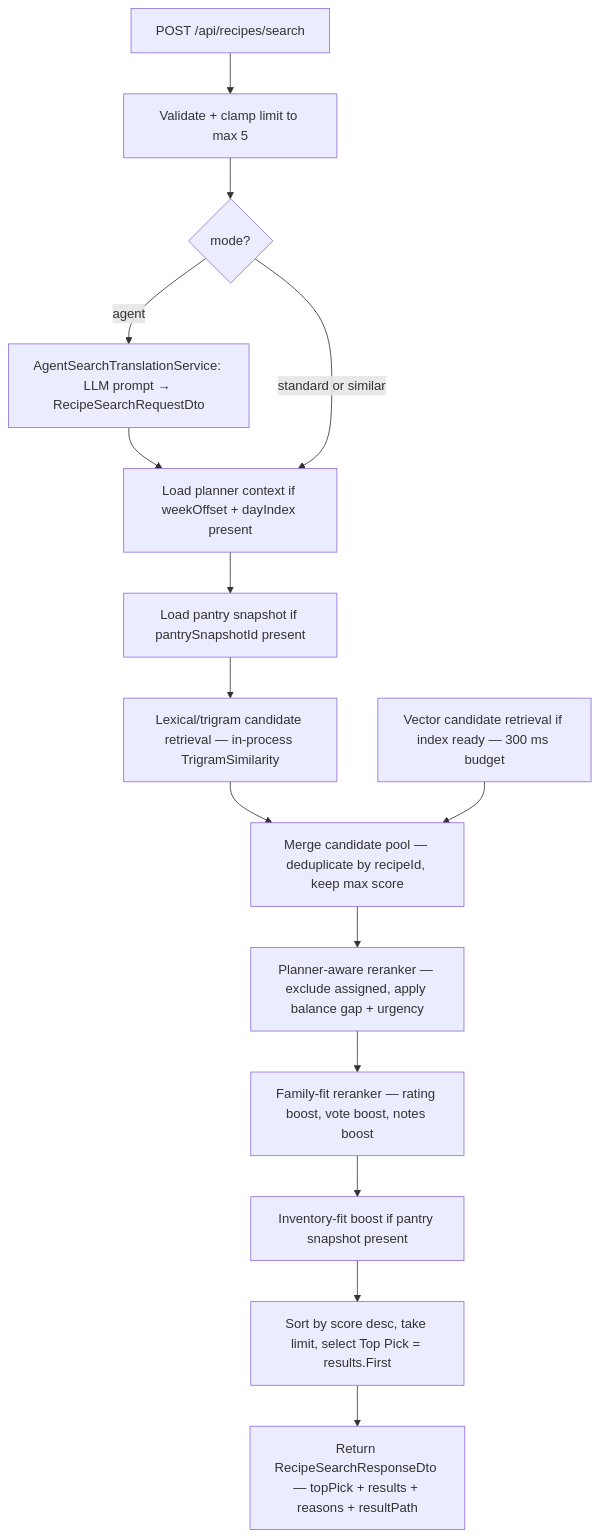
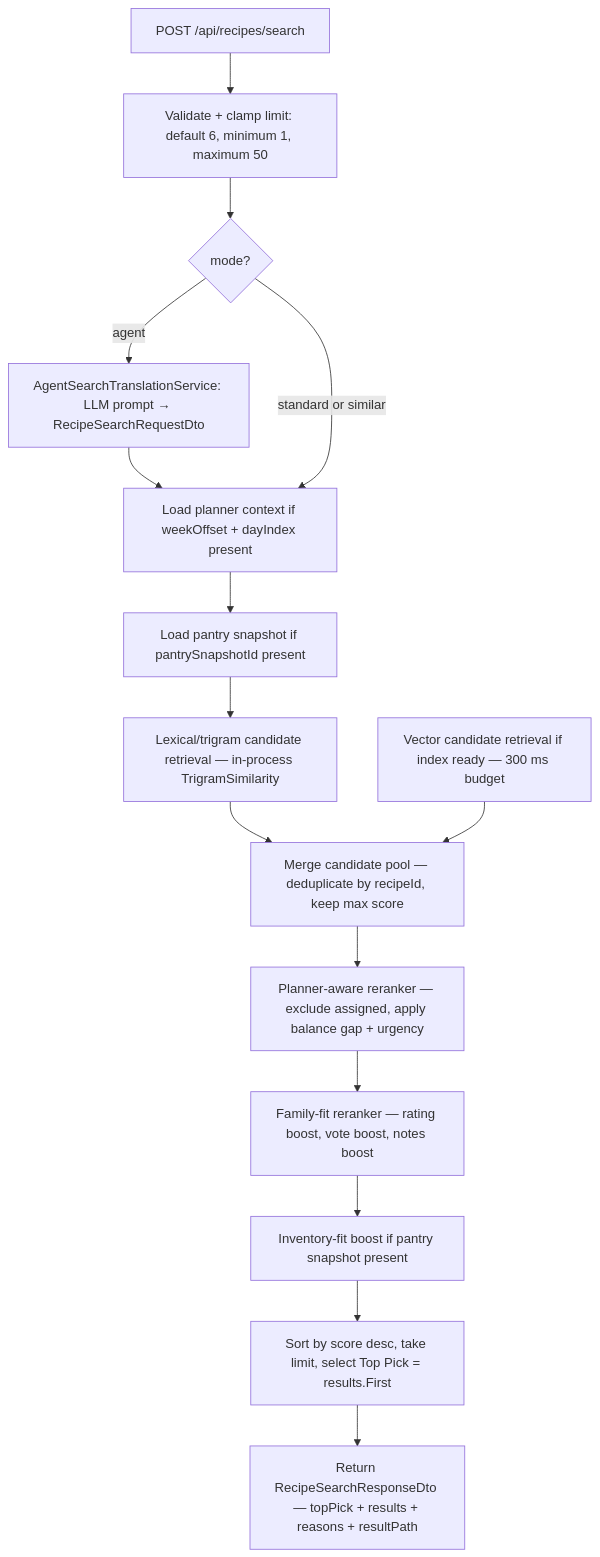
Before and after one commit to AlexandreBrisebois/whats-for-supper: the first of 8 diagrams in docs/flows/data-flows/recipe-search-index-and-recovery.md, drawn with Mermaid. The commit also changed 24 other files, not shown here.

````diff
--- a/docs/flows/data-flows/recipe-search-index-and-recovery.md
+++ b/docs/flows/data-flows/recipe-search-index-and-recovery.md
@@ -35,18 +35,18 @@
 ```mermaid
 flowchart TD
-    A[POST /api/recipes/search] --> B[Validate + clamp limit to max 5]
+    A[POST /api/recipes/search] --> B[Validate + clamp limit: default 6, minimum 1, maximum 50]
     B --> B2{mode?}
     B2 -->|agent| BA[AgentSearchTranslationService: LLM prompt → RecipeSearchRequestDto]
     BA --> C
     B2 -->|standard or similar| C
     C[Load planner context if weekOffset + dayIndex present] --> D
     D[Load pantry snapshot if pantrySnapshotId present] --> E
     E[Lexical/trigram candidate retrieval — in-process TrigramSimilarity] --> F
     E2[Vector candidate retrieval if index ready — 300 ms budget] --> F
     F[Merge candidate pool — deduplicate by recipeId, keep max score] --> G
     G[Planner-aware reranker — exclude assigned, apply balance gap + urgency] --> H
     H[Family-fit reranker — rating boost, vote boost, notes boost] --> I
     I[Inventory-fit boost if pantry snapshot present] --> J
     J[Sort by score desc, take limit, select Top Pick = results.First] --> K
     K[Return RecipeSearchResponseDto — topPick + results + reasons + resultPath]
 ```
````
